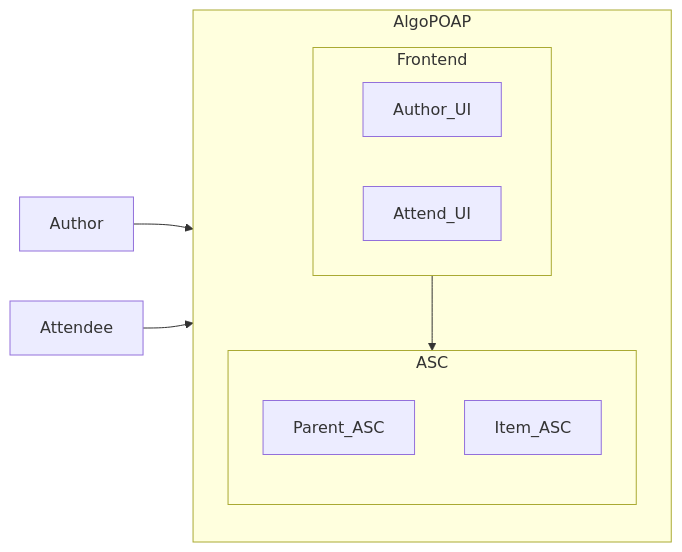
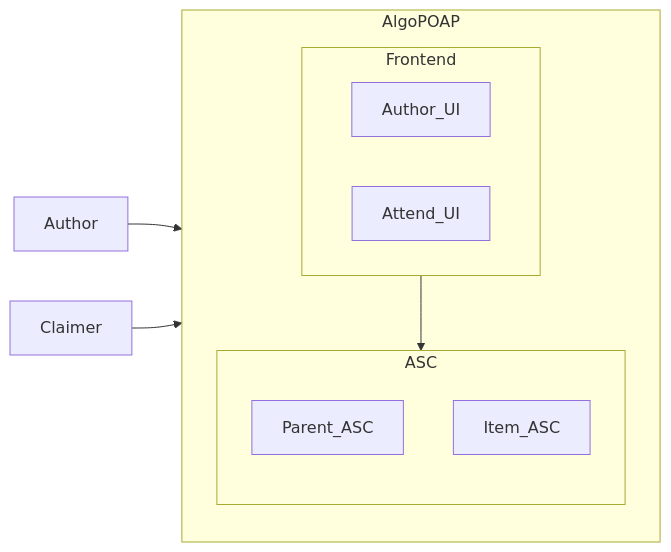
Before and after one commit to GoPlausible/.github: the first of 8 diagrams in profile/README.md, drawn with Mermaid. The commit also changed other lines of this file, not shown here.

````diff
--- a/profile/README.md
+++ b/profile/README.md
@@ -152,21 +87,21 @@
 ```mermaid
   flowchart LR
   subgraph AlgoPOAP
     direction TB
     subgraph Frontend
         direction RL
         Author_UI
         Attend_UI
     end
     subgraph ASC
         direction TB
         Parent_ASC
         Item_ASC
         
     end
   end
   Author --> AlgoPOAP
-  Attendee --> AlgoPOAP
+  Claimer --> AlgoPOAP
   Frontend --> ASC
   
 ```
````
